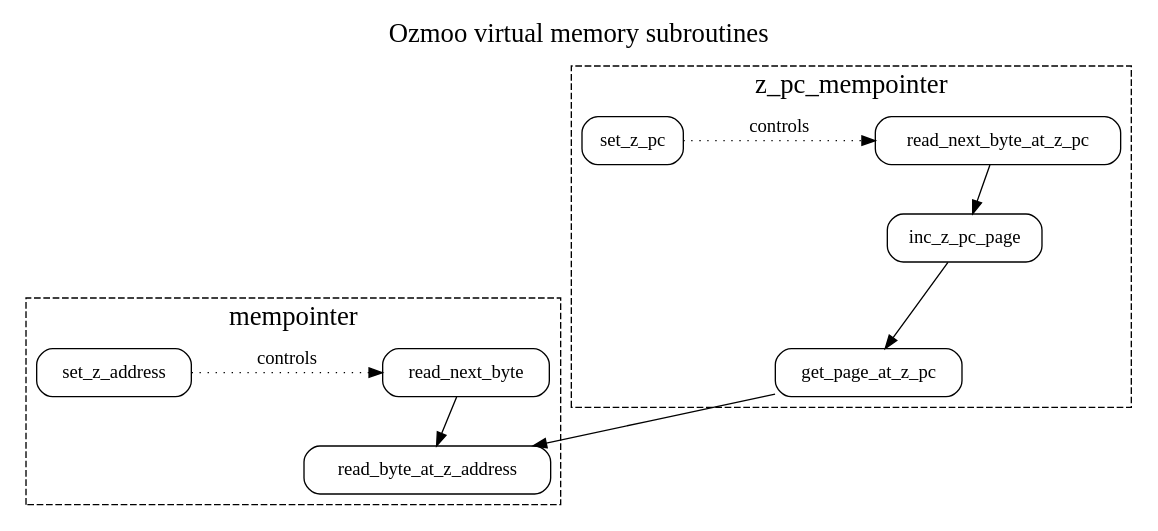
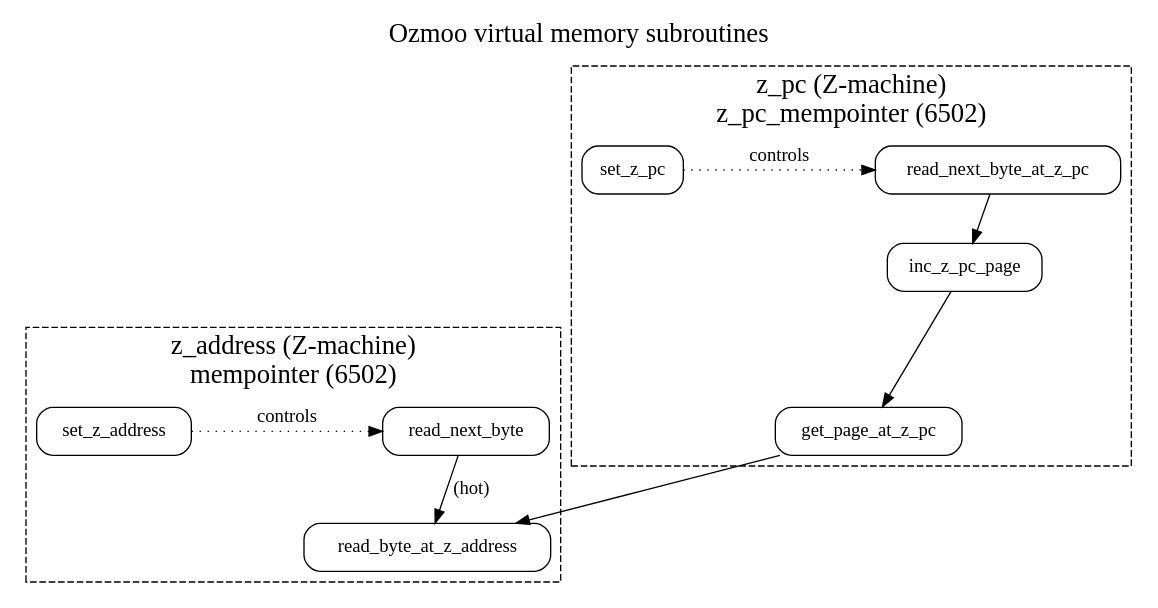
One commit to ZornsLemma/ozmoo changed the diagram in documentation/techdocs/vm-subroutines.dot. Above: the diagram before and after it, drawn with Graphviz.

Commit message:
WIP subroutine diagram

```diff
--- a/documentation/techdocs/vm-subroutines.dot
+++ b/documentation/techdocs/vm-subroutines.dot
@@ -1,27 +1,27 @@
 digraph subroutines {
     graph [nodesep=1, label="Ozmoo virtual memory subroutines", fontsize=20, labelloc=t];
     node [shape=rectangle, style=rounded];
 
     # string_array_read_byte -> read_byte_at_z_address;
     # parse_array_read_byte -> read_byte_at_z_address;
 
     subgraph cluster_mempointer {
-	label = "mempointer";
+	label = "z_address (Z-machine)\nmempointer (6502)";
 	style=dashed;
 	{ rank=same; set_z_address -> read_next_byte [label="controls", style=dotted] };
-	read_next_byte -> read_byte_at_z_address;
+	read_next_byte -> read_byte_at_z_address [label="(hot)"];
     }
 
     subgraph cluster_z_pc_mempointer {
-	label = "z_pc_mempointer";
+	label = "z_pc (Z-machine)\nz_pc_mempointer (6502)";
 	style=dashed
 	{ rank=same; set_z_pc -> read_next_byte_at_z_pc [label="controls", style=dotted] };
 	read_next_byte_at_z_pc -> inc_z_pc_page;
 	inc_z_pc_page -> get_page_at_z_pc;
     }
 
     get_page_at_z_pc -> read_byte_at_z_address;
 
 }
 
 # vi: sw=4 sts=4
```
